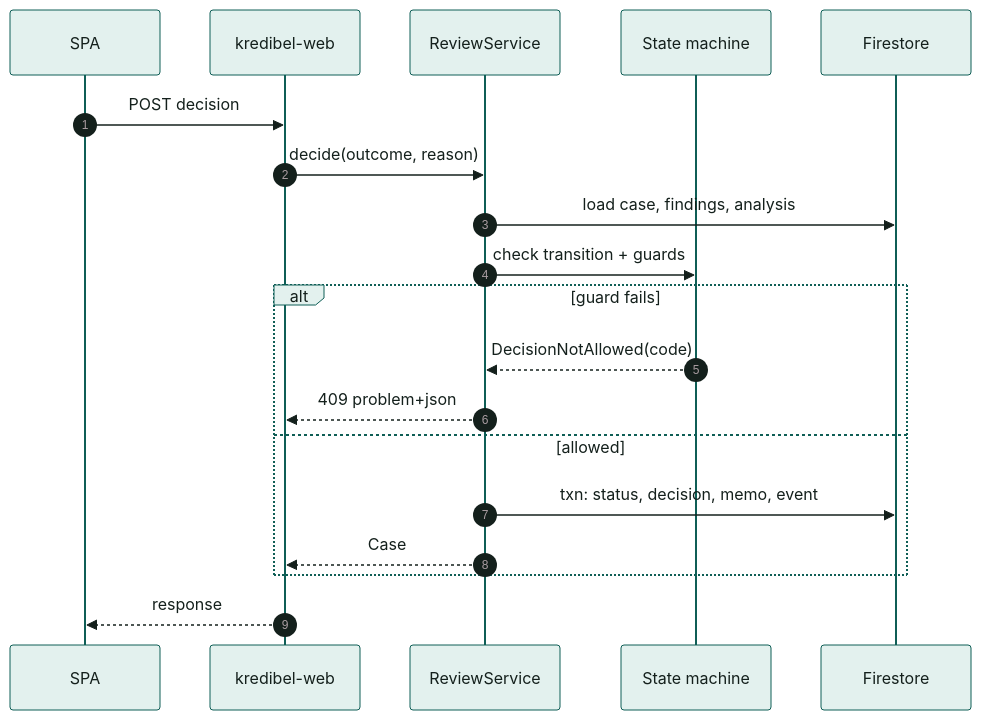
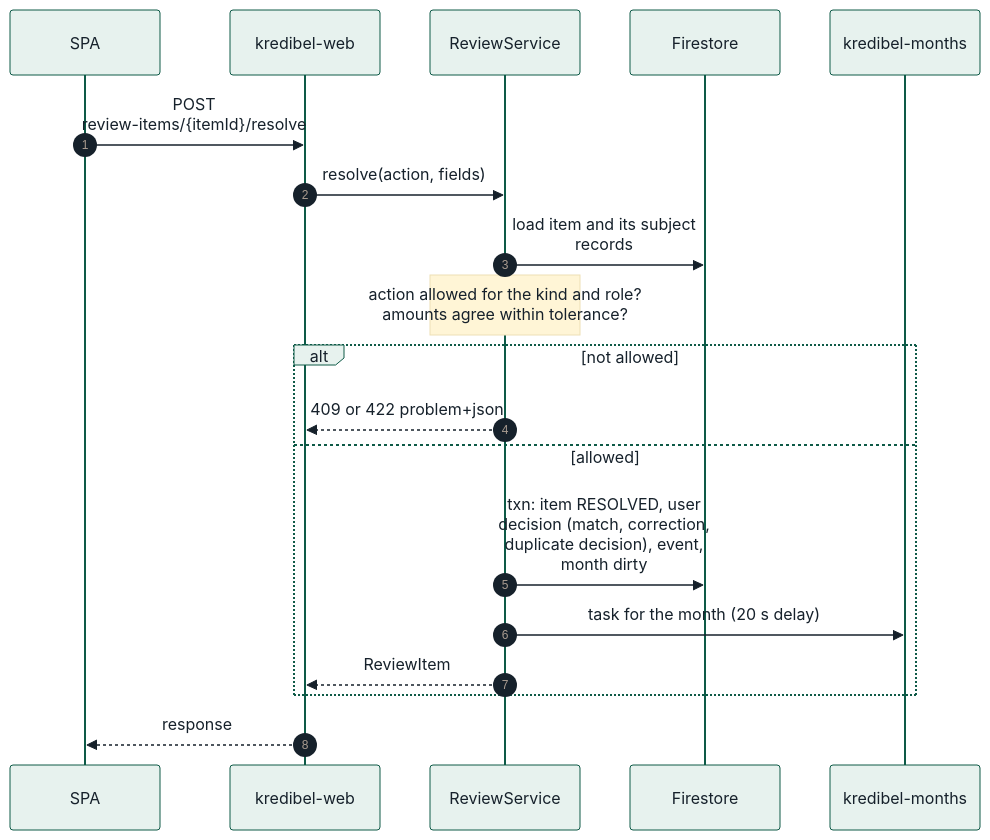
The seventh of 9 diagrams in docs/05-architecture.md (fadlytanjung/kredibel), drawn with Mermaid before and after one commit. The commit also changed other lines of this file and 245 other files, not shown here.

````diff
--- a/docs/05-architecture.md
+++ b/docs/05-architecture.md
@@ -248,23 +270,23 @@
 ```mermaid
-%%{init: {"theme": "base", "themeVariables": {"fontFamily": "Arial, Helvetica, sans-serif", "fontSize": "14px", "primaryColor": "#E3F1EE", "primaryBorderColor": "#0F5E56", "primaryTextColor": "#14201C", "lineColor": "#55625D", "secondaryColor": "#F0F2EF", "tertiaryColor": "#FFFFFF", "clusterBkg": "#F7F8F6", "clusterBorder": "#B8BFB9", "noteBkgColor": "#FEF0C7", "noteTextColor": "#14201C"}, "htmlLabels": false, "flowchart": {"htmlLabels": false, "padding": 16, "nodeSpacing": 40, "rankSpacing": 50, "wrappingWidth": 220}, "sequence": {"wrap": true, "useMaxWidth": true, "noteFontFamily": "Arial, Helvetica, sans-serif", "messageFontFamily": "Arial, Helvetica, sans-serif", "actorFontFamily": "Arial, Helvetica, sans-serif"}}}%%
+%%{init: {"theme": "base", "themeVariables": {"fontFamily": "Arial, Helvetica, sans-serif", "fontSize": "14px", "primaryColor": "#E7F2EE", "primaryBorderColor": "#0E5A47", "primaryTextColor": "#16212B", "lineColor": "#56636F", "secondaryColor": "#E8ECEE", "tertiaryColor": "#FFFFFF", "clusterBkg": "#F2F4F5", "clusterBorder": "#B9C2CA", "noteBkgColor": "#FFF5D6", "noteTextColor": "#16212B"}, "htmlLabels": false, "flowchart": {"htmlLabels": false, "padding": 16, "nodeSpacing": 40, "rankSpacing": 50, "wrappingWidth": 220}, "sequence": {"wrap": true, "useMaxWidth": true, "noteFontFamily": "Arial, Helvetica, sans-serif", "messageFontFamily": "Arial, Helvetica, sans-serif", "actorFontFamily": "Arial, Helvetica, sans-serif"}}}%%
 sequenceDiagram
     autonumber
     participant UI as SPA
     participant API as kredibel-web
     participant RS as ReviewService
-    participant SM as State machine
     participant FS as Firestore
+    participant Q2 as kredibel-months
 
-    UI->>API: POST decision
-    API->>RS: decide(outcome, reason)
-    RS->>FS: load case, findings, analysis
-    RS->>SM: check transition + guards
-    alt guard fails
-        SM-->>RS: DecisionNotAllowed(code)
-        RS-->>API: 409 problem+json
+    UI->>API: POST review-items/{itemId}/resolve
+    API->>RS: resolve(action, fields)
+    RS->>FS: load item and its subject records
+    Note over RS: action allowed for the kind and role?<br/>amounts agree within tolerance?
+    alt not allowed
+        RS-->>API: 409 or 422 problem+json
     else allowed
-        RS->>FS: txn: status, decision, memo, event
-        RS-->>API: Case
+        RS->>FS: txn: item RESOLVED, user decision (match, correction, duplicate decision), event, month dirty
+        RS->>Q2: task for the month (20 s delay)
+        RS-->>API: ReviewItem
     end
     API-->>UI: response
 ```
````
